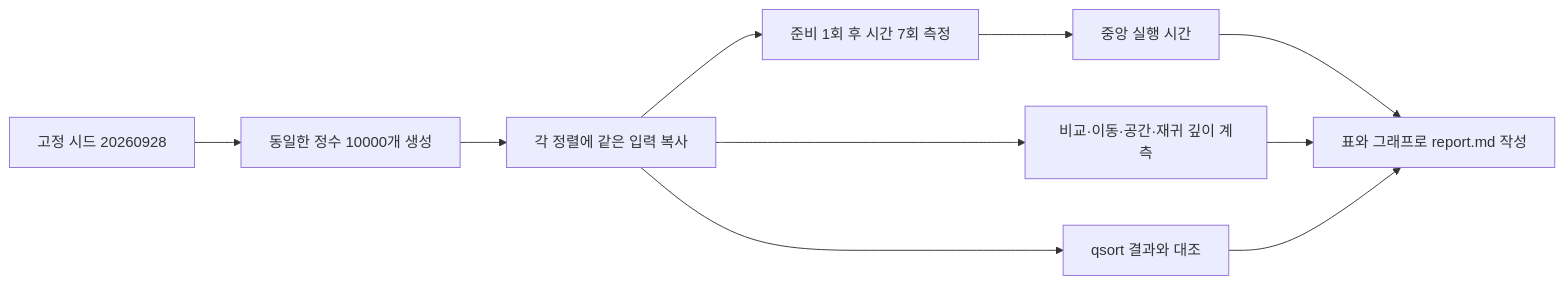
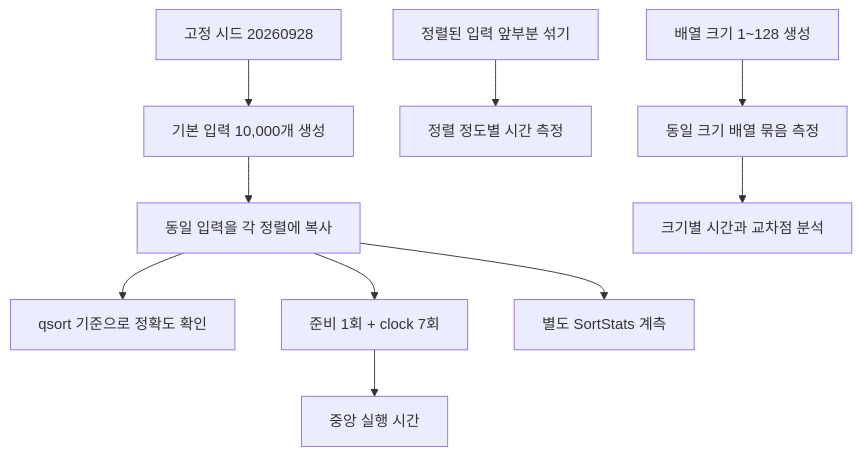
One commit to ramzz527/hw1-2026-SeminAhn changed the sixth of 10 diagrams in report.md. Above: the diagram before and after it, drawn with Mermaid. The commit also changed other lines of this file and 11 other files, not shown here.

````diff
--- a/report.md
+++ b/report.md
@@ -129,12 +261,12 @@
 ```mermaid
-flowchart LR
-    A["고정 시드 20260928"] --> B["동일한 정수 10000개 생성"]
-    B --> C["각 정렬에 같은 입력 복사"]
-    C --> D["준비 1회 후 시간 7회 측정"]
-    D --> E["중앙 실행 시간"]
-    C --> F["비교·이동·공간·재귀 깊이 계측"]
-    C --> G["qsort 결과와 대조"]
-    E --> H["표와 그래프로 report.md 작성"]
-    F --> H
-    G --> H
+flowchart TD
+    A["고정 시드 20260928"] --> B["기본 입력 10,000개 생성"]
+    B --> C["동일 입력을 각 정렬에 복사"]
+    C --> D["qsort 기준으로 정확도 확인"]
+    C --> E["준비 1회 + clock 7회"]
+    E --> F["중앙 실행 시간"]
+    C --> G["별도 SortStats 계측"]
+    H["정렬된 입력 앞부분 섞기"] --> I["정렬 정도별 시간 측정"]
+    J["배열 크기 1~128 생성"] --> K["동일 크기 배열 묶음 측정"]
+    K --> L["크기별 시간과 교차점 분석"]
 ```
````
